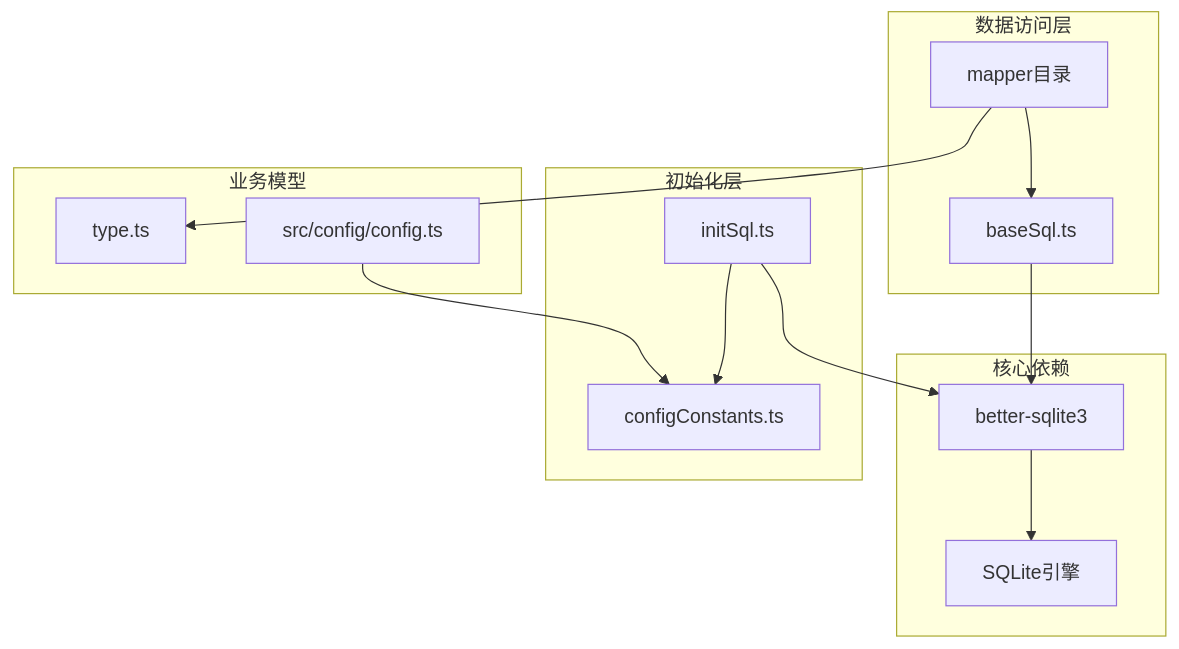
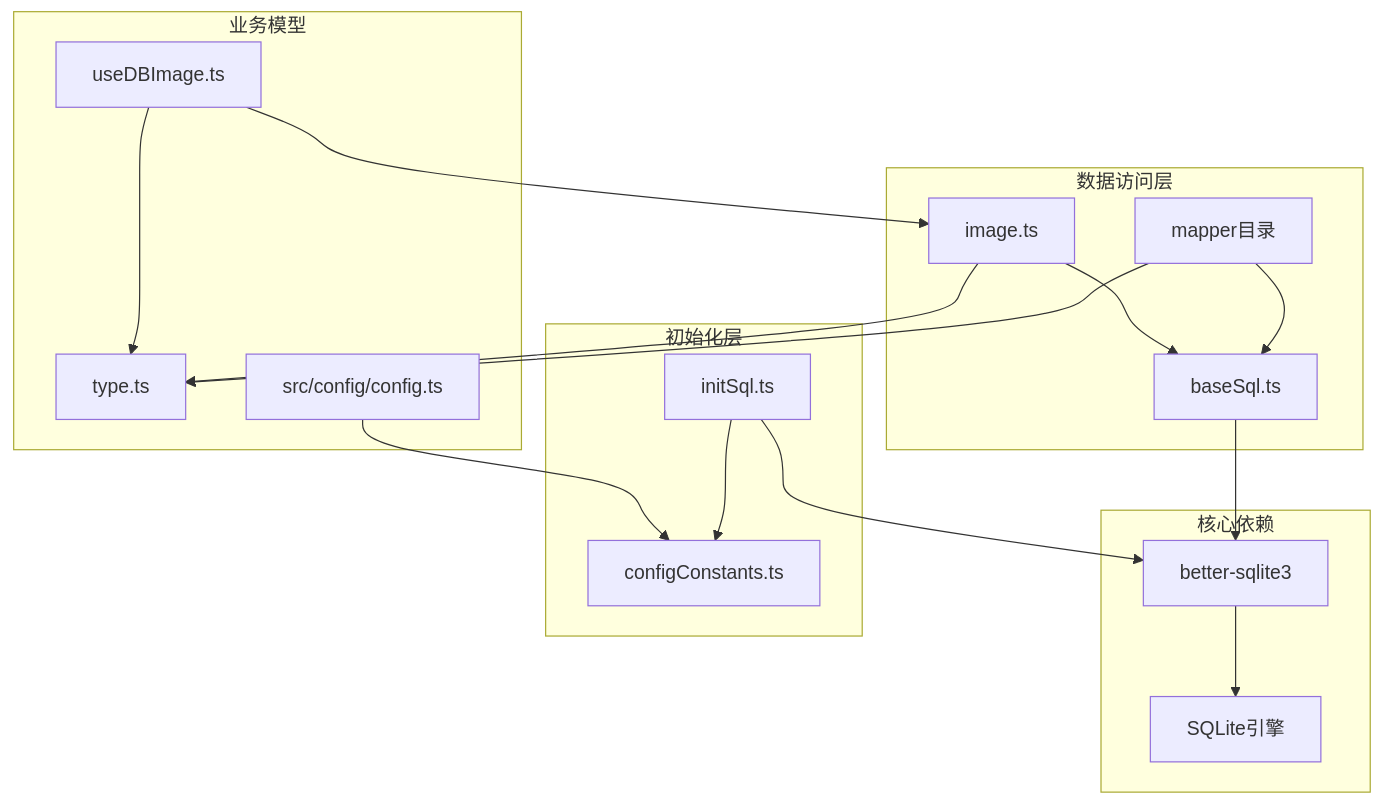
The tenth of 10 diagrams in .qoder/repowiki/zh/content/数据库系统/表结构设计.md (scgithub3220216/password-manager), drawn with Mermaid before and after one commit. The commit also changed other lines of this file and 9 other files, not shown here.

First line of the commit message:
feat(sync): 新增图像数据同步支持

````diff
--- a/.qoder/repowiki/zh/content/数据库系统/表结构设计.md
+++ b/.qoder/repowiki/zh/content/数据库系统/表结构设计.md
@@ -438,26 +515,32 @@
 ```mermaid
 graph TB
 subgraph "核心依赖"
 BetterSqlite3[better-sqlite3]
 SQLite[SQLite引擎]
 end
 subgraph "初始化层"
 InitSQL[initSql.ts]
 ConfigConstants[configConstants.ts]
 end
 subgraph "数据访问层"
 BaseSQL[baseSql.ts]
 Mappers[mapper目录]
+ImageMapper[image.ts]
 end
 subgraph "业务模型"
 Types[type.ts]
 ConfigModule[src/config/config.ts]
+ImageHook[useDBImage.ts]
 end
 BetterSqlite3 --> SQLite
 InitSQL --> BetterSqlite3
 InitSQL --> ConfigConstants
 BaseSQL --> BetterSqlite3
 Mappers --> BaseSQL
 Mappers --> Types
+ImageMapper --> BaseSQL
+ImageMapper --> Types
 ConfigModule --> ConfigConstants
+ImageHook --> ImageMapper
+ImageHook --> Types
 ```
````
